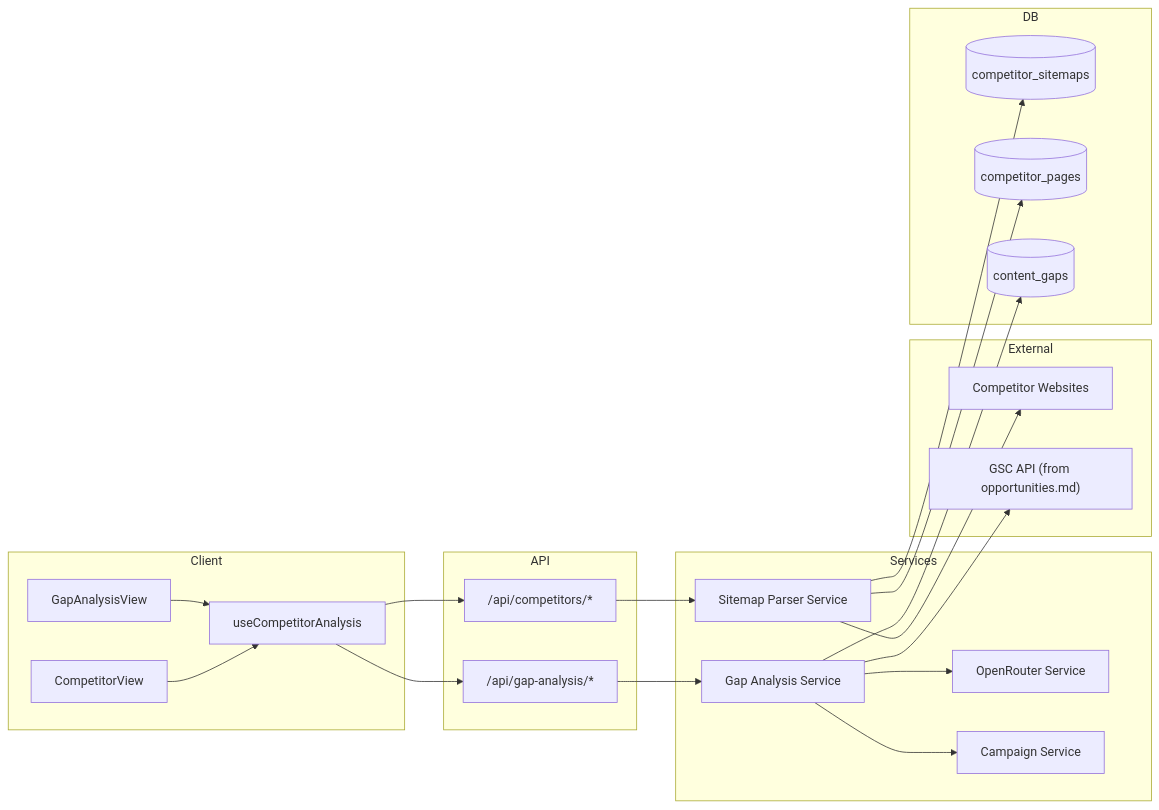
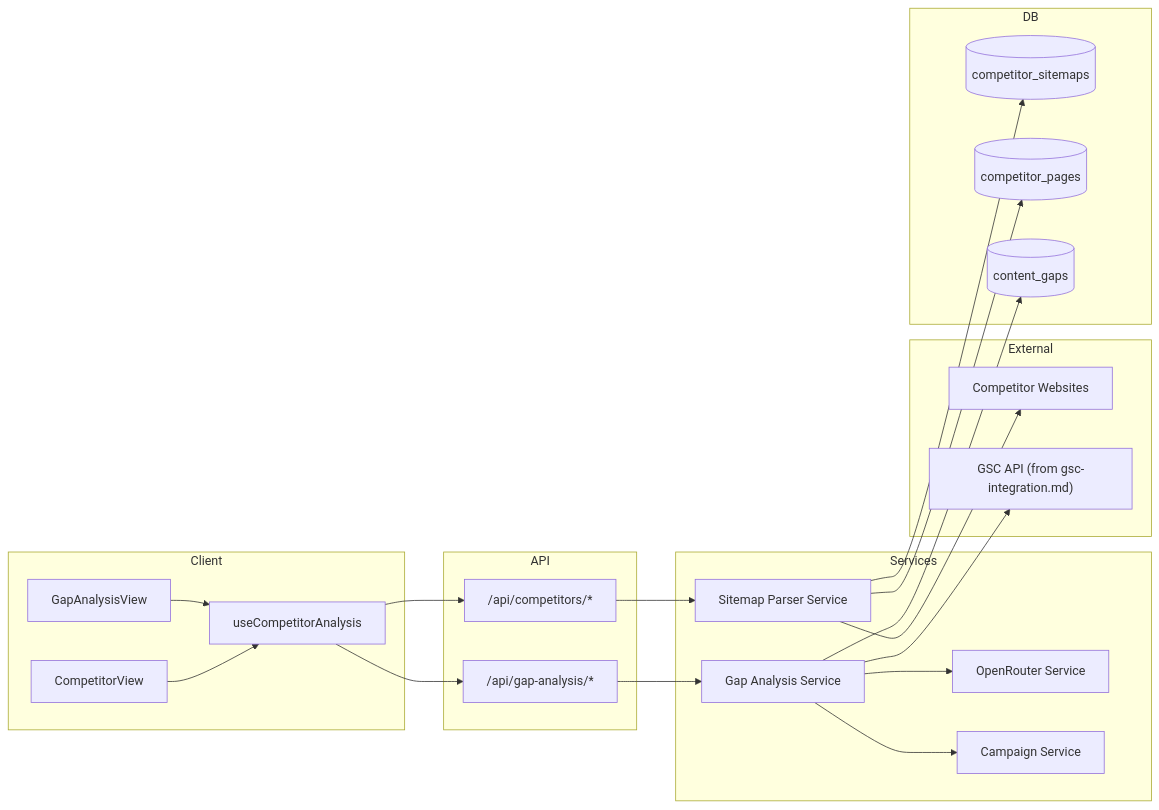
The first of 4 diagrams in docs/PRDs/competitor-gap-analysis.md (ColdstartLabs-ca/astro-saas-boilerplate), drawn with Mermaid before and after one commit. The commit also changed other lines of this file and 1 other file, not shown here.

````diff
--- a/docs/PRDs/competitor-gap-analysis.md
+++ b/docs/PRDs/competitor-gap-analysis.md
@@ -47,37 +47,37 @@
 ```mermaid
 flowchart LR
     subgraph Client
         CV[CompetitorView]
         GV[GapAnalysisView]
         Hook[useCompetitorAnalysis]
     end
     subgraph API
         CompRoutes["/api/competitors/*"]
         GapRoutes["/api/gap-analysis/*"]
     end
     subgraph Services
         SitemapSvc[Sitemap Parser Service]
         GapSvc[Gap Analysis Service]
         OR[OpenRouter Service]
         CampSvc[Campaign Service]
     end
     subgraph External
         Sites["Competitor Websites"]
-        GSCAPI["GSC API (from opportunities.md)"]
+        GSCAPI["GSC API (from gsc-integration.md)"]
     end
     subgraph DB
         CompTable[(competitor_sitemaps)]
         PageTable[(competitor_pages)]
         GapTable[(content_gaps)]
     end
 
     CV --> Hook --> CompRoutes
     GV --> Hook --> GapRoutes
     CompRoutes --> SitemapSvc --> Sites
     GapRoutes --> GapSvc --> OR
     GapSvc --> GSCAPI
     SitemapSvc --> CompTable
     SitemapSvc --> PageTable
     GapSvc --> GapTable
     GapSvc --> CampSvc
 ```
````
